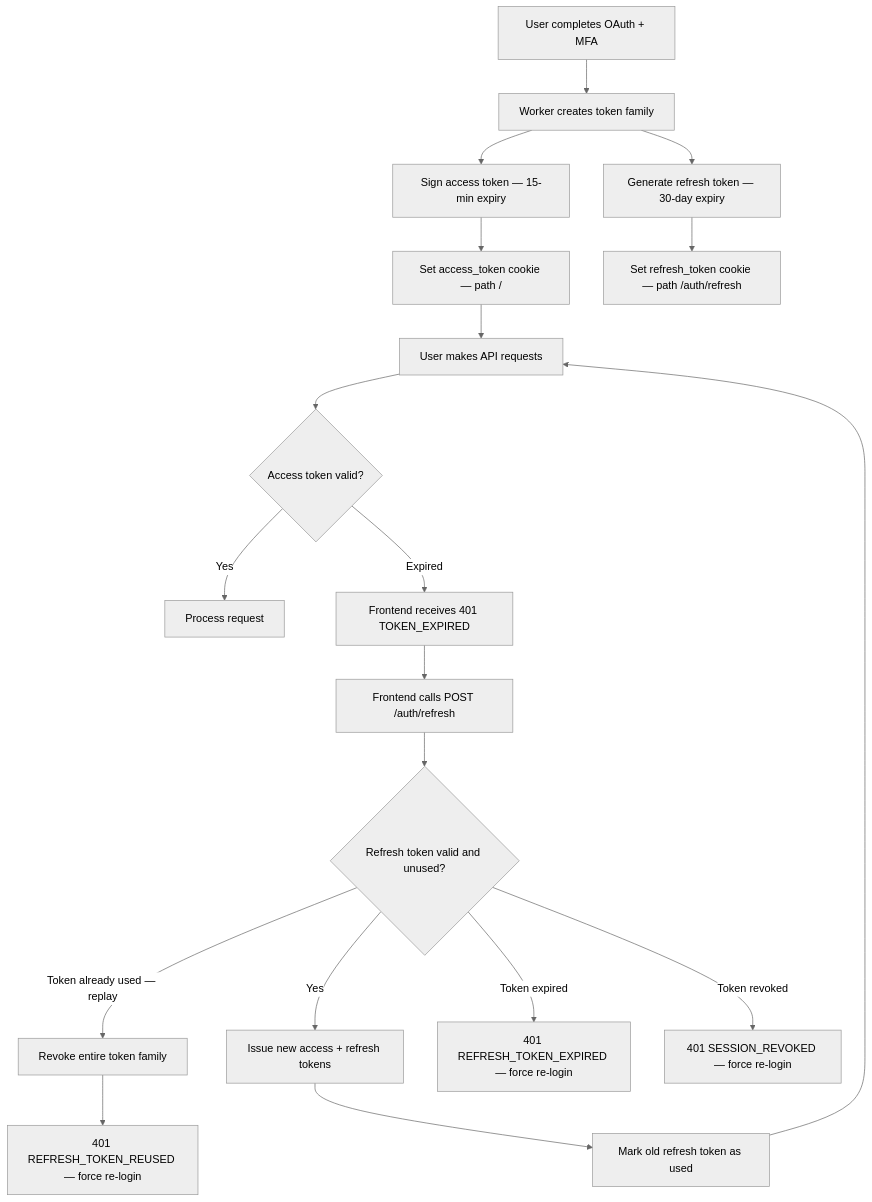
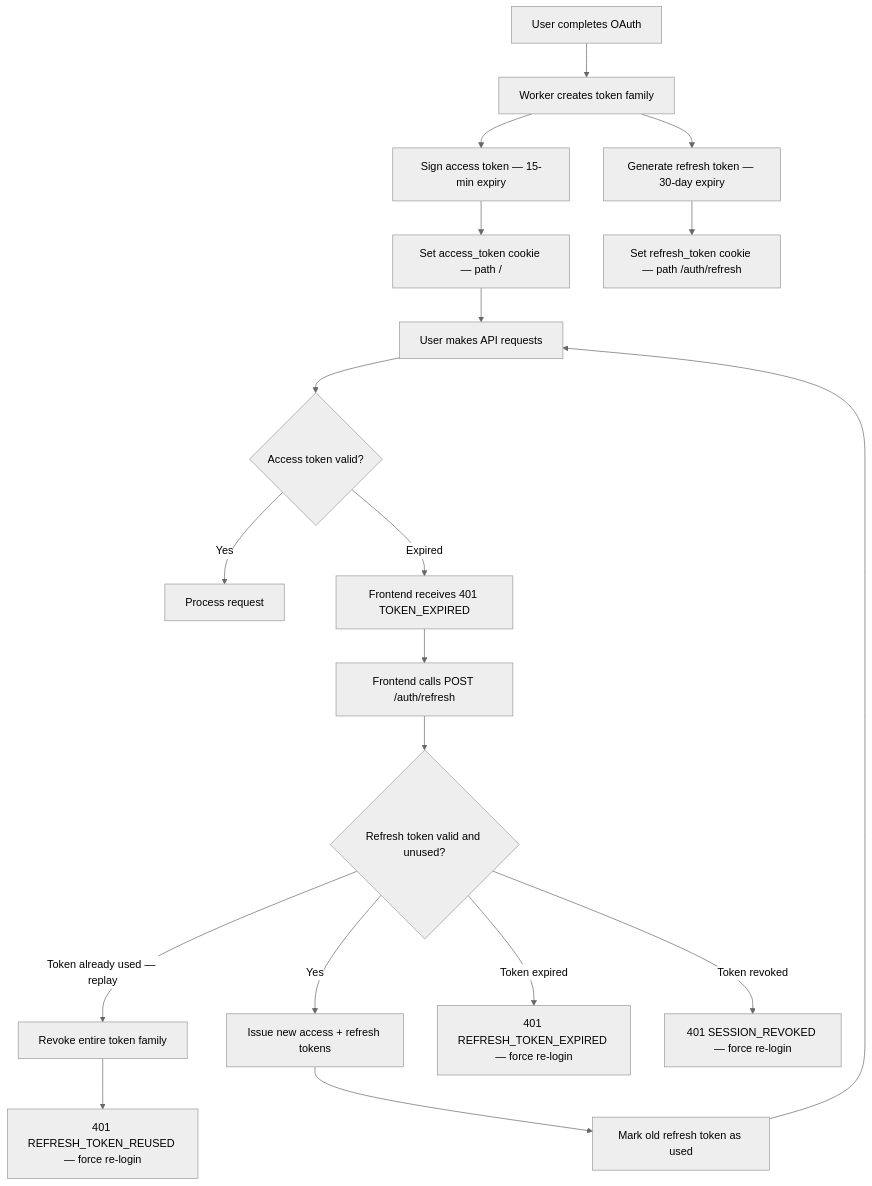
Before and after one commit to devangshupandey2025-stack/DevSage: the fourth of 13 diagrams in docs/v3/planned/authentication.md, drawn with Mermaid (neutral theme). The commit also changed other lines of this file, not shown here.

First line of the commit message:
docs(auth): establish 3-domain architecture, remove MFA and passkeys

````diff
--- a/docs/v3/planned/authentication.md
+++ b/docs/v3/planned/authentication.md
@@ -295,25 +329,25 @@
 ```mermaid
 flowchart TD
-    A[User completes OAuth + MFA] --> B[Worker creates token family]
+    A[User completes OAuth] --> B[Worker creates token family]
     B --> C[Sign access token — 15-min expiry]
     B --> D[Generate refresh token — 30-day expiry]
     C --> E[Set access_token cookie — path /]
     D --> F[Set refresh_token cookie — path /auth/refresh]
 
     E --> G[User makes API requests]
     G --> H{Access token valid?}
     H -->|Yes| I[Process request]
     H -->|Expired| J[Frontend receives 401 TOKEN_EXPIRED]
 
     J --> K[Frontend calls POST /auth/refresh]
     K --> L{Refresh token valid and unused?}
     L -->|Yes| M[Issue new access + refresh tokens]
     M --> N[Mark old refresh token as used]
     N --> G
 
     L -->|Token already used — replay| O[Revoke entire token family]
     O --> P[401 REFRESH_TOKEN_REUSED — force re-login]
 
     L -->|Token expired| Q[401 REFRESH_TOKEN_EXPIRED — force re-login]
     L -->|Token revoked| R[401 SESSION_REVOKED — force re-login]
 ```
````
